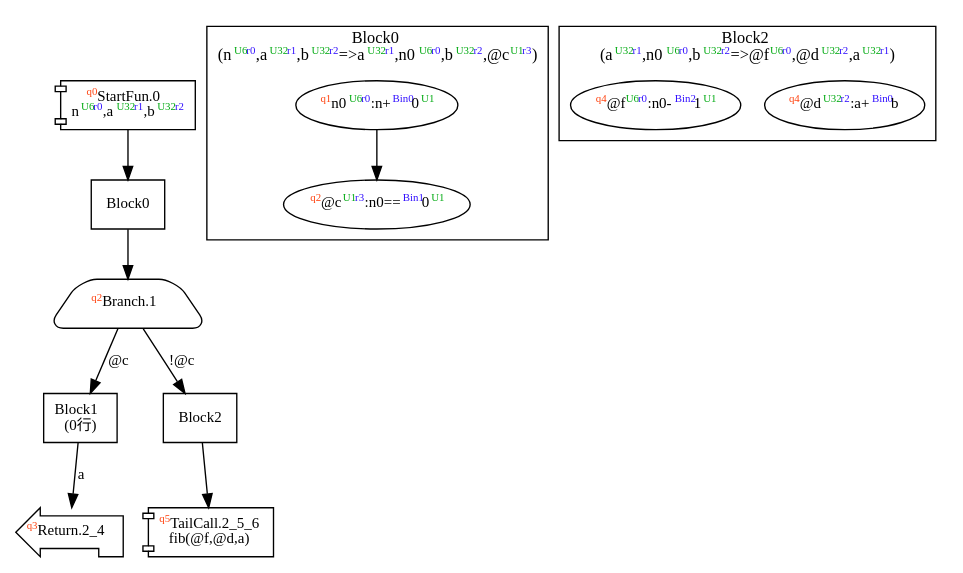
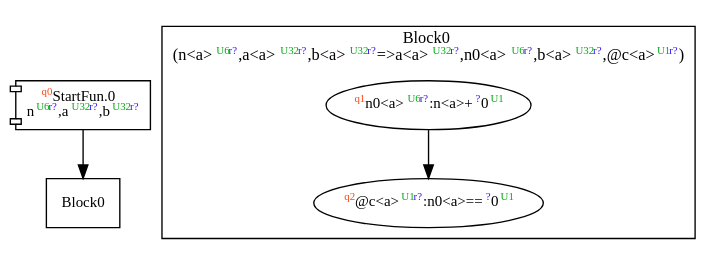
One commit to akouryy/SyntheScala changed the diagram in dist/fib.dot. Above: the diagram before and after it, drawn with Graphviz. The commit also changed 18 other files, not shown here.

```diff
--- a/dist/fib.dot
+++ b/dist/fib.dot
@@ -1,34 +1,15 @@
 digraph Program_ {
   graph [fontname = "Monaco", fontsize = 12, ranksep = 0.5];
   node [shape = box, fontname = "Monaco", fontsize = 11; colorscheme = pastel19];
   edge [fontname = "Monaco", fontsize = 11; colorscheme = pastel19];
-  Jump0[label = <<font color="#ff4411" point-size="8"><sup>q0</sup></font>StartFun.0<br/>n<font color="#00aa11" point-size="8"><sup>U6</sup></font><font color="#3311ff" point-size="8"><sup>r0</sup></font>,a<font color="#00aa11" point-size="8"><sup>U32</sup></font><font color="#3311ff" point-size="8"><sup>r1</sup></font>,b<font color="#00aa11" point-size="8"><sup>U32</sup></font><font color="#3311ff" point-size="8"><sup>r2</sup></font>>; shape = component];
+  Jump0[label = <<font color="#ff4411" point-size="8"><sup>q0</sup></font>StartFun.0<br/>n<font color="#00aa11" point-size="8"><sup>U6</sup></font><font color="#3311ff" point-size="8"><sup>r?</sup></font>,a<font color="#00aa11" point-size="8"><sup>U32</sup></font><font color="#3311ff" point-size="8"><sup>r?</sup></font>,b<font color="#00aa11" point-size="8"><sup>U32</sup></font><font color="#3311ff" point-size="8"><sup>r?</sup></font>>; shape = component];
   Jump0 -> Block0;
-  Jump1[
-    label = <<font color="#ff4411" point-size="8"><sup>q2</sup></font>Branch.1>;
-    shape = trapezium; style = rounded;
-  ];
-  Block0 -> Jump1;
-  Jump1 -> Block1 [label="@c"];
-  Jump1 -> Block2 [label="!@c"];
-  Jump2_4[label = <<font color="#ff4411" point-size="8"><sup>q3</sup></font>Return.2_4>; shape = lpromoter];
-  Block1 -> Jump2_4 [label="a"];
-  Jump2_5_6[label = <<font color="#ff4411" point-size="8"><sup>q5</sup></font>TailCall.2_5_6<br/>fib(@f,@d,a)>; shape = component];
-  Block2 -> Jump2_5_6;
   Block0 [label = "Block0"];
-  Block1 [label = "Block1\l(0行)"];
-  Block2 [label = "Block2"];
   subgraph cluster_dfg_Block0 {
     node [shape = oval];
-    label = <Block0<br/>(n<font color="#00aa11" point-size="8"><sup>U6</sup></font><font color="#3311ff" point-size="8"><sup>r0</sup></font>,a<font color="#00aa11" point-size="8"><sup>U32</sup></font><font color="#3311ff" point-size="8"><sup>r1</sup></font>,b<font color="#00aa11" point-size="8"><sup>U32</sup></font><font color="#3311ff" point-size="8"><sup>r2</sup></font>=&gt;a<font color="#00aa11" point-size="8"><sup>U32</sup></font><font color="#3311ff" point-size="8"><sup>r1</sup></font>,n0<font color="#00aa11" point-size="8"><sup>U6</sup></font><font color="#3311ff" point-size="8"><sup>r0</sup></font>,b<font color="#00aa11" point-size="8"><sup>U32</sup></font><font color="#3311ff" point-size="8"><sup>r2</sup></font>,@c<font color="#00aa11" point-size="8"><sup>U1</sup></font><font color="#3311ff" point-size="8"><sup>r3</sup></font>)>;
-    1 [label=<<font color="#ff4411" point-size="8"><sup>q1</sup></font>n0<font color="#00aa11" point-size="8"><sup>U6</sup></font><font color="#3311ff" point-size="8"><sup>r0</sup></font>:n+<font color="#3311ff" point-size="8"><sup>Bin0</sup></font>0<font color="#00aa11" point-size="8"><sup>U1</sup></font>>];
-    3 [label=<<font color="#ff4411" point-size="8"><sup>q2</sup></font>@c<font color="#00aa11" point-size="8"><sup>U1</sup></font><font color="#3311ff" point-size="8"><sup>r3</sup></font>:n0==<font color="#3311ff" point-size="8"><sup>Bin1</sup></font>0<font color="#00aa11" point-size="8"><sup>U1</sup></font>>];
+    label = <Block0<br/>(n&lt;a&gt;<font color="#00aa11" point-size="8"><sup>U6</sup></font><font color="#3311ff" point-size="8"><sup>r?</sup></font>,a&lt;a&gt;<font color="#00aa11" point-size="8"><sup>U32</sup></font><font color="#3311ff" point-size="8"><sup>r?</sup></font>,b&lt;a&gt;<font color="#00aa11" point-size="8"><sup>U32</sup></font><font color="#3311ff" point-size="8"><sup>r?</sup></font>=&gt;a&lt;a&gt;<font color="#00aa11" point-size="8"><sup>U32</sup></font><font color="#3311ff" point-size="8"><sup>r?</sup></font>,n0&lt;a&gt;<font color="#00aa11" point-size="8"><sup>U6</sup></font><font color="#3311ff" point-size="8"><sup>r?</sup></font>,b&lt;a&gt;<font color="#00aa11" point-size="8"><sup>U32</sup></font><font color="#3311ff" point-size="8"><sup>r?</sup></font>,@c&lt;a&gt;<font color="#00aa11" point-size="8"><sup>U1</sup></font><font color="#3311ff" point-size="8"><sup>r?</sup></font>)>;
+    1 [label=<<font color="#ff4411" point-size="8"><sup>q1</sup></font>n0&lt;a&gt;<font color="#00aa11" point-size="8"><sup>U6</sup></font><font color="#3311ff" point-size="8"><sup>r?</sup></font>:n&lt;a&gt;+<font color="#3311ff" point-size="8"><sup>?</sup></font>0<font color="#00aa11" point-size="8"><sup>U1</sup></font>>];
+    3 [label=<<font color="#ff4411" point-size="8"><sup>q2</sup></font>@c&lt;a&gt;<font color="#00aa11" point-size="8"><sup>U1</sup></font><font color="#3311ff" point-size="8"><sup>r?</sup></font>:n0&lt;a&gt;==<font color="#3311ff" point-size="8"><sup>?</sup></font>0<font color="#00aa11" point-size="8"><sup>U1</sup></font>>];
     1 -> 3;
   }
-  subgraph cluster_dfg_Block2 {
-    node [shape = oval];
-    label = <Block2<br/>(a<font color="#00aa11" point-size="8"><sup>U32</sup></font><font color="#3311ff" point-size="8"><sup>r1</sup></font>,n0<font color="#00aa11" point-size="8"><sup>U6</sup></font><font color="#3311ff" point-size="8"><sup>r0</sup></font>,b<font color="#00aa11" point-size="8"><sup>U32</sup></font><font color="#3311ff" point-size="8"><sup>r2</sup></font>=&gt;@f<font color="#00aa11" point-size="8"><sup>U6</sup></font><font color="#3311ff" point-size="8"><sup>r0</sup></font>,@d<font color="#00aa11" point-size="8"><sup>U32</sup></font><font color="#3311ff" point-size="8"><sup>r2</sup></font>,a<font color="#00aa11" point-size="8"><sup>U32</sup></font><font color="#3311ff" point-size="8"><sup>r1</sup></font>)>;
-    4 [label=<<font color="#ff4411" point-size="8"><sup>q4</sup></font>@d<font color="#00aa11" point-size="8"><sup>U32</sup></font><font color="#3311ff" point-size="8"><sup>r2</sup></font>:a+<font color="#3311ff" point-size="8"><sup>Bin0</sup></font>b>];
-    6 [label=<<font color="#ff4411" point-size="8"><sup>q4</sup></font>@f<font color="#00aa11" point-size="8"><sup>U6</sup></font><font color="#3311ff" point-size="8"><sup>r0</sup></font>:n0-<font color="#3311ff" point-size="8"><sup>Bin2</sup></font>1<font color="#00aa11" point-size="8"><sup>U1</sup></font>>];
-  }
 }
```
